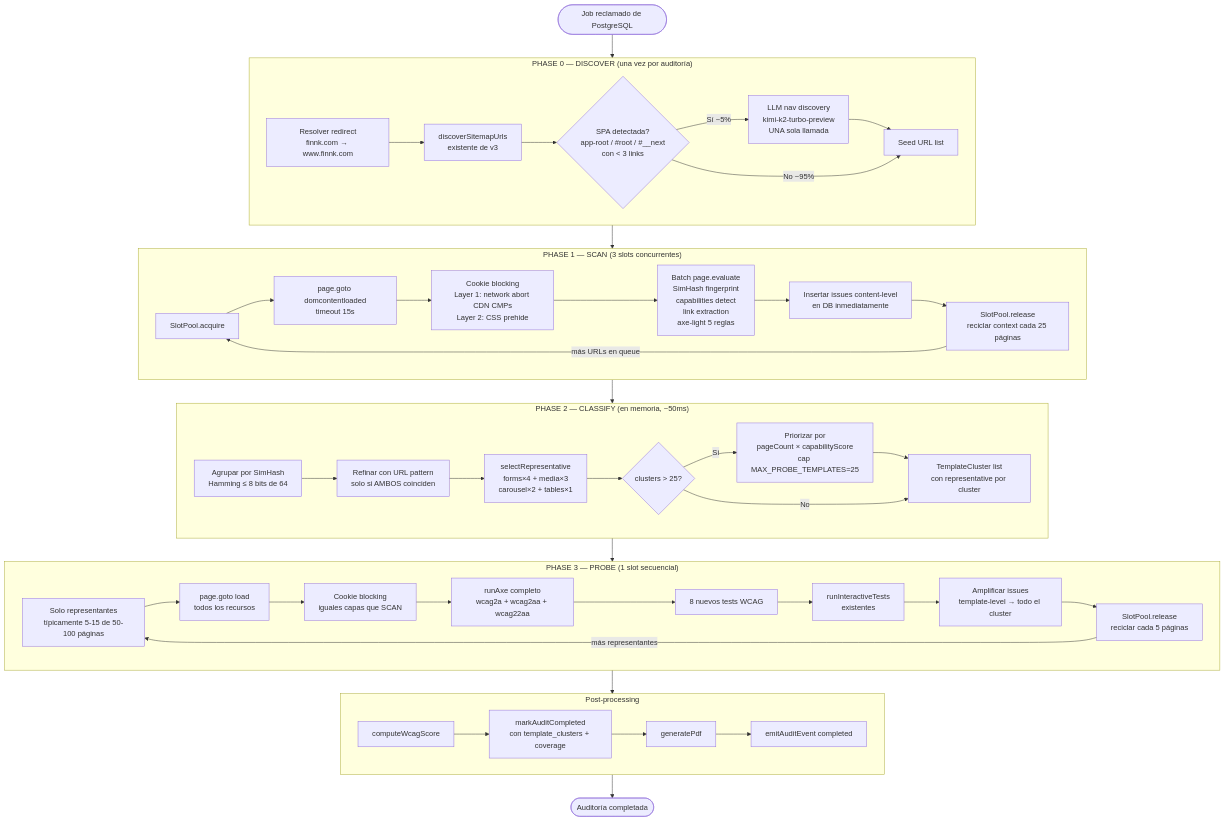
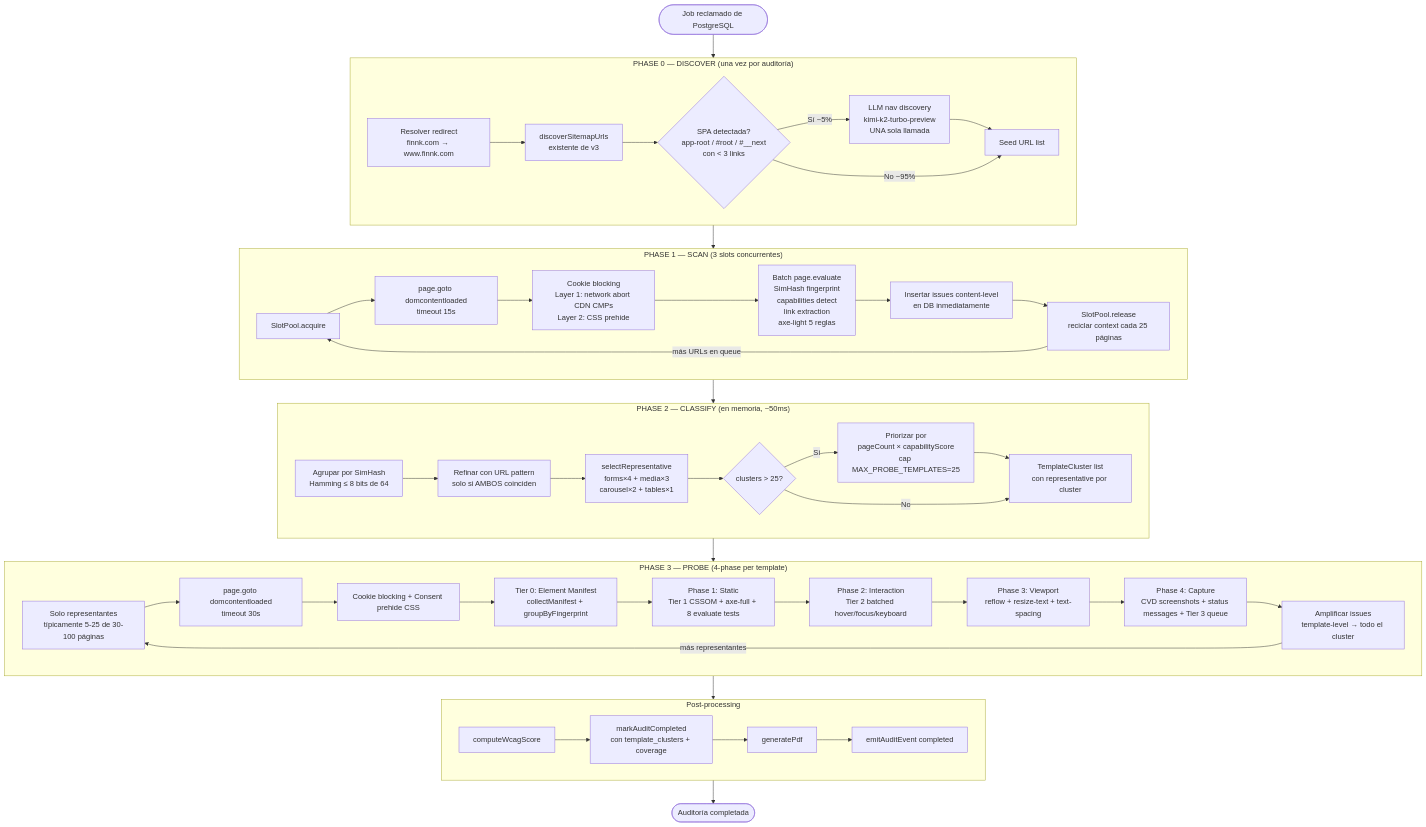
One commit to pguerrerolinares/a11y-crawler changed the second of 12 diagrams in docs/architecture-v4.md. Above: the diagram before and after it, drawn with Mermaid. The commit also changed other lines of this file and 2 other files, not shown here.

First line of the commit message:
docs: update README, architecture, and backlog for v7.3 refactoring

````diff
--- a/docs/architecture-v4.md
+++ b/docs/architecture-v4.md
@@ -48,69 +48,70 @@
 ```mermaid
 flowchart TD
     Start([Job reclamado de PostgreSQL]) --> P0
 
     subgraph P0["PHASE 0 — DISCOVER (una vez por auditoría)"]
         D1[Resolver redirect\nfinnk.com → www.finnk.com]
         D2[discoverSitemapUrls\nexistente de v3]
         D3{SPA detectada?\napp-root / #root / #__next\ncon < 3 links}
         D4[LLM nav discovery\nkimi-k2-turbo-preview\nUNA sola llamada]
         D5[Seed URL list]
         D1 --> D2 --> D3
         D3 -->|Sí ~5%| D4 --> D5
         D3 -->|No ~95%| D5
     end
 
     P0 --> P1
 
     subgraph P1["PHASE 1 — SCAN (3 slots concurrentes)"]
         S1[SlotPool.acquire]
         S2[page.goto domcontentloaded\ntimeout 15s]
         S3[Cookie blocking\nLayer 1: network abort CDN CMPs\nLayer 2: CSS prehide]
         S4[Batch page.evaluate\nSimHash fingerprint\ncapabilities detect\nlink extraction\naxe-light 5 reglas]
         S5[Insertar issues content-level\nen DB inmediatamente]
         S6[SlotPool.release\nreciclar context cada 25 páginas]
         S1 --> S2 --> S3 --> S4 --> S5 --> S6
         S6 -->|más URLs en queue| S1
     end
 
     P1 --> P2
 
     subgraph P2["PHASE 2 — CLASSIFY (en memoria, ~50ms)"]
         C1[Agrupar por SimHash\nHamming ≤ 8 bits de 64]
         C2[Refinar con URL pattern\nsolo si AMBOS coinciden]
         C3[selectRepresentative\nforms×4 + media×3\ncarousel×2 + tables×1]
         C4{clusters > 25?}
         C5[Priorizar por\npageCount × capabilityScore\ncap MAX_PROBE_TEMPLATES=25]
         C6[TemplateCluster list\ncon representative por cluster]
         C1 --> C2 --> C3 --> C4
         C4 -->|Sí| C5 --> C6
         C4 -->|No| C6
     end
 
     P2 --> P3
 
-    subgraph P3["PHASE 3 — PROBE (1 slot secuencial)"]
-        PR1[Solo representantes\ntípicamente 5-15 de 50-100 páginas]
-        PR2[page.goto load\ntodos los recursos]
-        PR3[Cookie blocking\niguales capas que SCAN]
-        PR4[runAxe completo\nwcag2a + wcag2aa + wcag22aa]
-        PR5[8 nuevos tests WCAG]
-        PR6[runInteractiveTests\nexistentes]
-        PR7[Amplificar issues\ntemplate-level → todo el cluster]
-        PR8[SlotPool.release\nreciclar cada 5 páginas]
-        PR1 --> PR2 --> PR3 --> PR4 --> PR5 --> PR6 --> PR7 --> PR8
-        PR8 -->|más representantes| PR1
+    subgraph P3["PHASE 3 — PROBE (4-phase per template)"]
+        PR1[Solo representantes\ntípicamente 5-25 de 30-100 páginas]
+        PR2[page.goto domcontentloaded\ntimeout 30s]
+        PR3[Cookie blocking + Consent prehide CSS]
+        PR4[Tier 0: Element Manifest\ncollectManifest + groupByFingerprint]
+        PR5["Phase 1: Static\nTier 1 CSSOM + axe-full + 8 evaluate tests"]
+        PR6["Phase 2: Interaction\nTier 2 batched hover/focus/keyboard"]
+        PR7["Phase 3: Viewport\nreflow + resize-text + text-spacing"]
+        PR8["Phase 4: Capture\nCVD screenshots + status messages + Tier 3 queue"]
+        PR9[Amplificar issues\ntemplate-level → todo el cluster]
+        PR1 --> PR2 --> PR3 --> PR4 --> PR5 --> PR6 --> PR7 --> PR8 --> PR9
+        PR9 -->|más representantes| PR1
     end
 
     P3 --> Post
 
     subgraph Post["Post-processing"]
         PP1[computeWcagScore]
         PP2[markAuditCompleted\ncon template_clusters + coverage]
         PP3[generatePdf]
         PP4[emitAuditEvent completed]
         PP1 --> PP2 --> PP3 --> PP4
     end
 
     Post --> Done([Auditoría completada])
 ```
````
